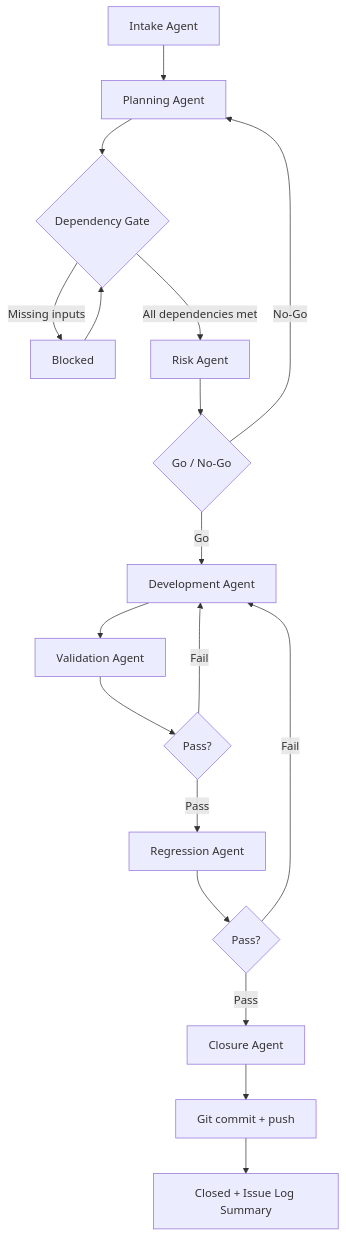
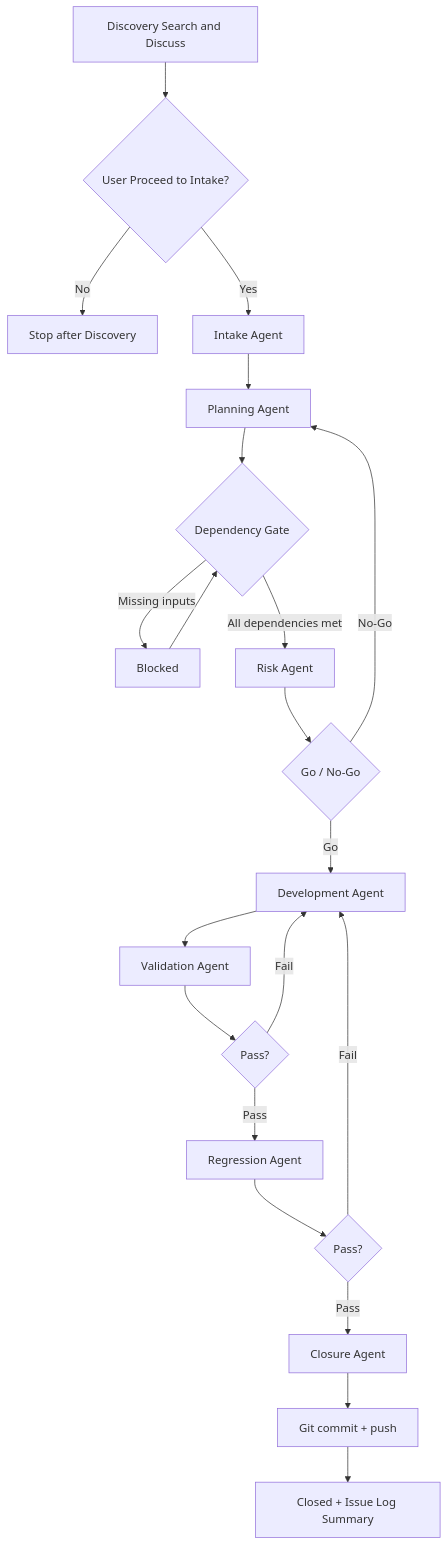
The diagram in AI_Agents/Framework.md (warrenhughes1974-cell/Warrenhughes1974), drawn with Mermaid before and after one commit. The commit also changed other lines of this file and 24 other files, not shown here.

````diff
--- a/AI_Agents/Framework.md
+++ b/AI_Agents/Framework.md
@@ -62,20 +77,23 @@
 ```mermaid
 flowchart TD
-    A[Intake Agent] --> B[Planning Agent]
+    D[Discovery Search and Discuss] --> Stop0{User Proceed to Intake?}
+    Stop0 -->|No| Hold[Stop after Discovery]
+    Stop0 -->|Yes| A[Intake Agent]
+    A --> B[Planning Agent]
     B --> C{Dependency Gate}
-    C -->|Missing inputs| D[Blocked]
-    D --> C
+    C -->|Missing inputs| Blk[Blocked]
+    Blk --> C
     C -->|All dependencies met| E[Risk Agent]
     E --> F{Go / No-Go}
     F -->|No-Go| B
     F -->|Go| G[Development Agent]
     G --> H[Validation Agent]
     H --> I{Pass?}
     I -->|Fail| G
     I -->|Pass| J[Regression Agent]
     J --> K{Pass?}
     K -->|Fail| G
     K -->|Pass| L[Closure Agent]
     L --> N[Git commit + push]
     N --> M[Closed + Issue Log Summary]
 ```
````
